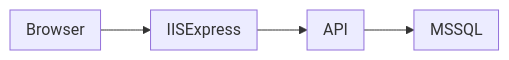
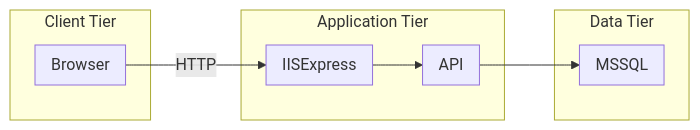
The fifth of 5 diagrams in README.md (tsolenthaler/zbw-sad-carrent2124), drawn with Mermaid before and after one commit.

Commit message:
fix Deployment View

````diff
--- a/README.md
+++ b/README.md
@@ -140,14 +140,21 @@
 ```mermaid
 flowchart LR
-    subgraph Browser
+    subgraph Client Tier
+        subgraph Browser
+        end
     end
-    subgraph IISExpress
+    subgraph Application Tier
+        subgraph IISExpress
+        end
+        subgraph API
+        end
     end
-    subgraph API
+    subgraph Data Tier
+        subgraph MSSQL
+        end
     end
-    subgraph MSSQL
-    end
-    Browser --> IISExpress
+
+    Browser -->|HTTP| IISExpress
     IISExpress --> API
     API --> MSSQL
 ```
````
